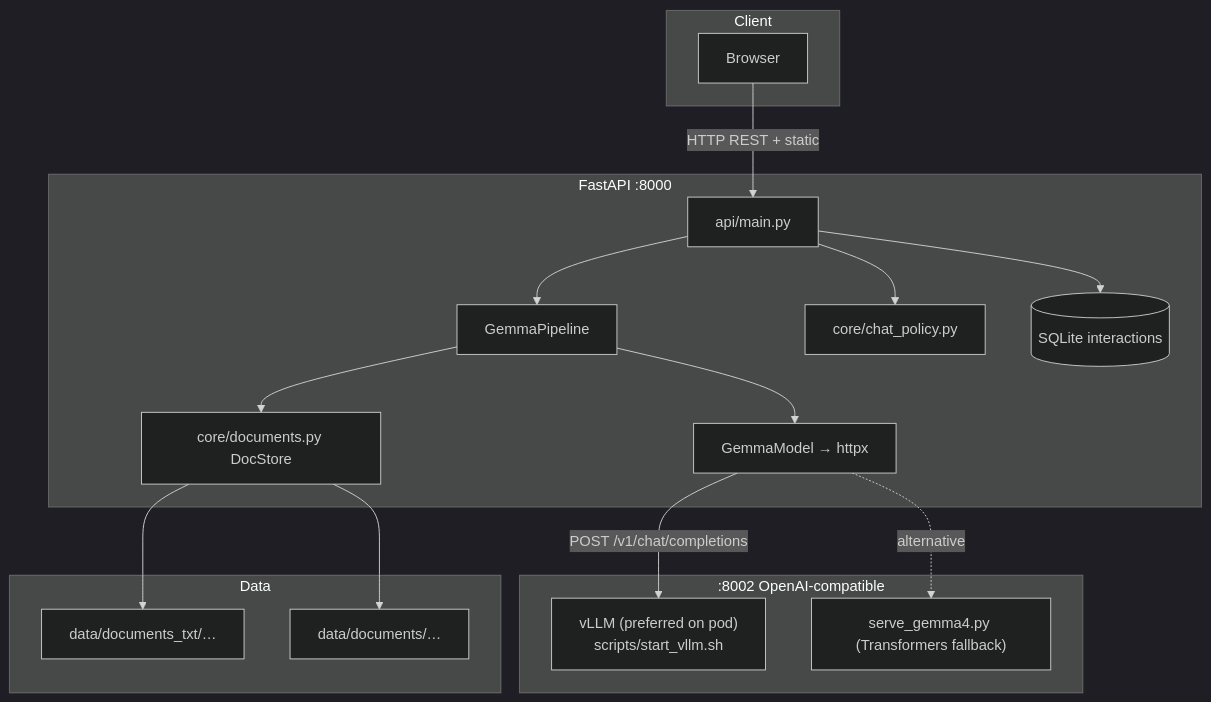
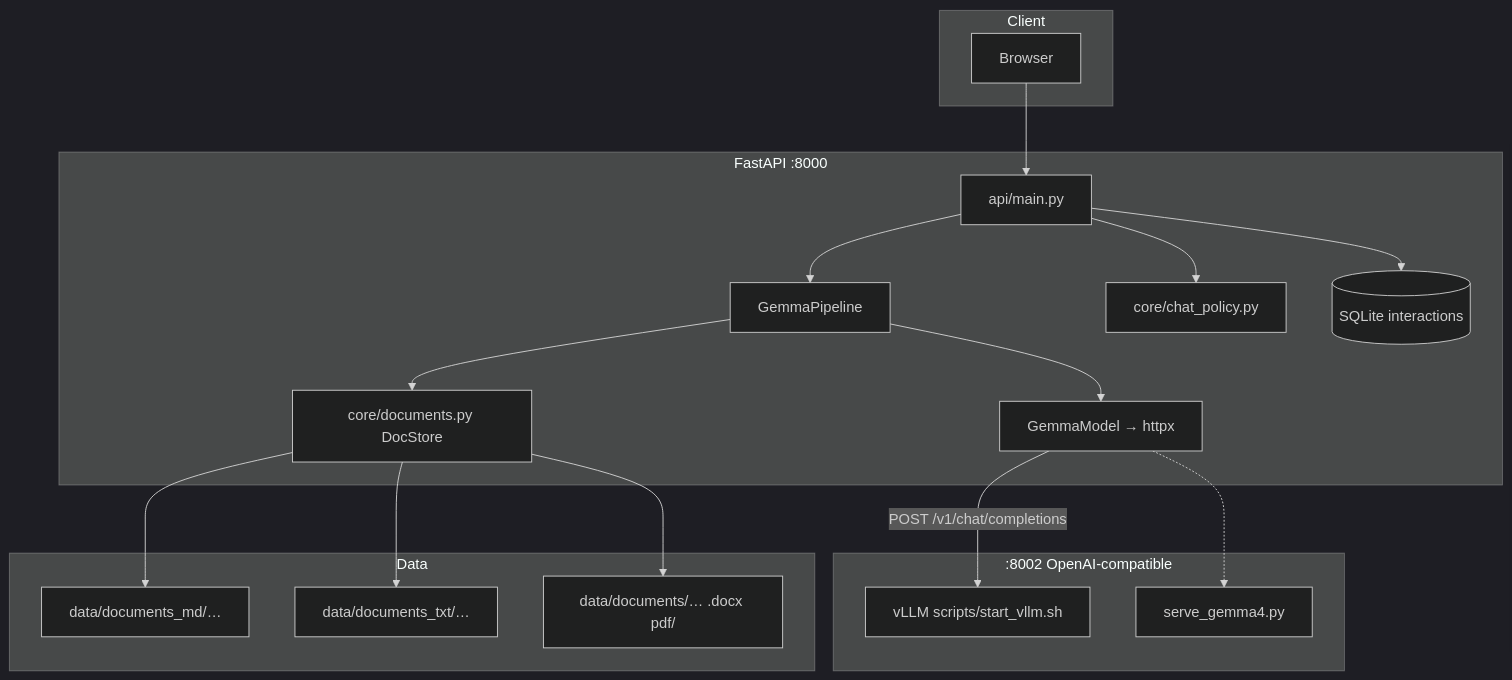
The first of 2 diagrams in project/ARCHITECTURE.md (chafiyounes/gemma-test), drawn with Mermaid (dark theme) before and after one commit. The commit also changed other lines of this file and 58 other files, not shown here.

````diff
--- a/project/ARCHITECTURE.md
+++ b/project/ARCHITECTURE.md
@@ -9,33 +9,34 @@
 ```mermaid
 flowchart TB
   subgraph Client
     B[Browser]
   end
   subgraph API["FastAPI :8000"]
     M[api/main.py]
     PL[GemmaPipeline]
     LLM[GemmaModel → httpx]
     POL[core/chat_policy.py]
     DOC[core/documents.py DocStore]
     DB[(SQLite interactions)]
   end
   subgraph Inference[":8002 OpenAI-compatible"]
-    VLLM["vLLM (preferred on pod)\nscripts/start_vllm.sh"]
-    SGV["serve_gemma4.py (Transformers fallback)"]
+    VLLM["vLLM scripts/start_vllm.sh"]
+    SGV["serve_gemma4.py"]
   end
   subgraph Data
+    MD[data/documents_md/…]
     TXT[data/documents_txt/…]
-    DOCX[data/documents/…]
+    DOCX["data/documents/… .docx pdf/"]
   end
-
-  B -->|HTTP REST + static| M
+  B --> M
   M --> POL
   M --> PL
   PL --> LLM
   LLM -->|POST /v1/chat/completions| VLLM
-  LLM -.->|alternative| SGV
+  LLM -.-> SGV
   PL --> DOC
+  DOC --> MD
   DOC --> TXT
   DOC --> DOCX
   M --> DB
 ```
````
